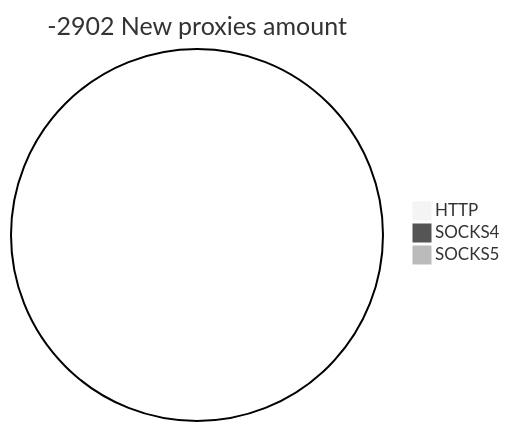
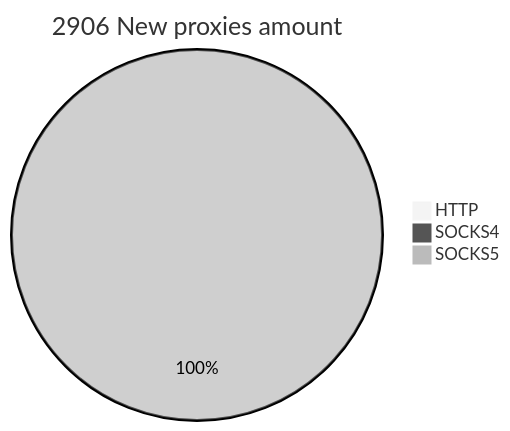
One commit to cutipu/proxylist changed the second of 2 diagrams in README.md. Above: the diagram before and after it, drawn with Mermaid (neutral theme). The commit also changed other lines of this file, not shown here.

````diff
--- a/README.md
+++ b/README.md
@@ -10,6 +10,6 @@
 ```mermaid
-pie title -2902 New proxies amount
+pie title 2906 New proxies amount
     "HTTP" : 0
     "SOCKS4" : 0
-    "SOCKS5" : 0
+    "SOCKS5" : 2906
 ```
````
